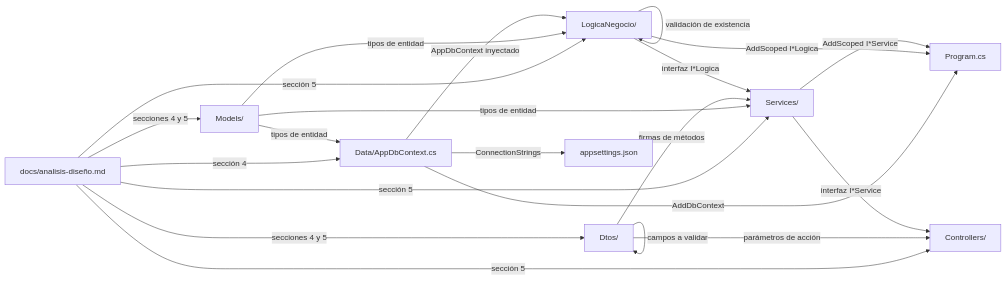
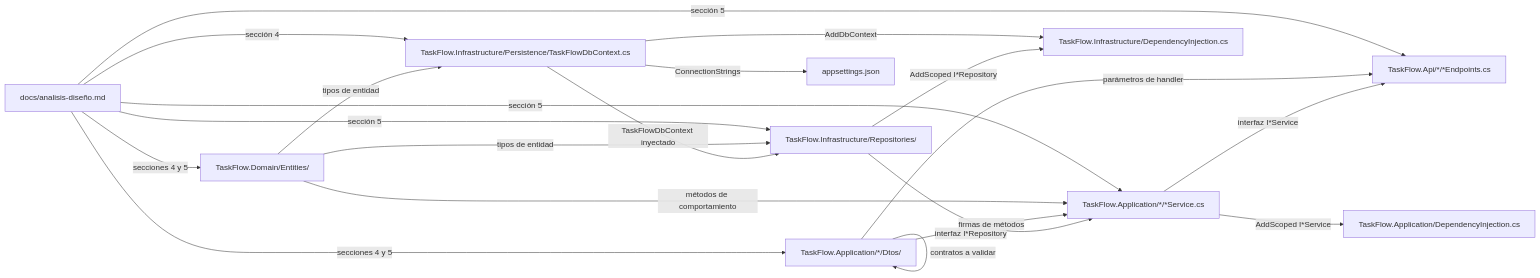
Before and after one commit to hispafox/app-todolist-260921: the third of 7 diagrams in docs/skills-orquestacion.md, drawn with Mermaid. The commit also changed other lines of this file and 15 other files, not shown here.

First line of the commit message:
docs(skills): alinear skills y documentacion de orquestacion con la arquitectura real de TaskFlow

````diff
--- a/docs/skills-orquestacion.md
+++ b/docs/skills-orquestacion.md
@@ -105,35 +103,35 @@
 ```mermaid
 graph LR
     AD["docs/analisis-diseño.md"]
-    MO["Models/"]
-    DT["Dtos/"]
-    DB["Data/AppDbContext.cs"]
-    LN["LogicaNegocio/"]
-    SV["Services/"]
-    CT["Controllers/"]
-    PR["Program.cs"]
+    MO["TaskFlow.Domain/Entities/"]
+    DT["TaskFlow.Application/*/Dtos/"]
+    DB["TaskFlow.Infrastructure/Persistence/TaskFlowDbContext.cs"]
+    LN["TaskFlow.Infrastructure/Repositories/"]
+    SV["TaskFlow.Application/*/*Service.cs"]
+    CT["TaskFlow.Api/*/*Endpoints.cs"]
+    AI["TaskFlow.Application/DependencyInjection.cs"]
+    II["TaskFlow.Infrastructure/DependencyInjection.cs"]
     AP["appsettings.json"]
 
     AD -->|"secciones 4 y 5"| MO
     AD -->|"secciones 4 y 5"| DT
     AD -->|"sección 4"| DB
     AD -->|"sección 5"| LN
     AD -->|"sección 5"| SV
     AD -->|"sección 5"| CT
 
     MO -->|"tipos de entidad"| DB
     MO -->|"tipos de entidad"| LN
-    MO -->|"tipos de entidad"| SV
-    DT -->|"campos a validar"| DT
+    MO -->|"métodos de comportamiento"| SV
+    DT -->|"contratos a validar"| DT
     DT -->|"firmas de métodos"| SV
-    DT -->|"parámetros de acción"| CT
-    DB -->|"AppDbContext inyectado"| LN
-    LN -->|"validación de existencia"| LN
-    LN -->|"interfaz I*Logica"| SV
+    DT -->|"parámetros de handler"| CT
+    DB -->|"TaskFlowDbContext inyectado"| LN
+    LN -->|"interfaz I*Repository"| SV
     SV -->|"interfaz I*Service"| CT
 
-    DB -->|"AddDbContext"| PR
+    DB -->|"AddDbContext"| II
     DB -->|"ConnectionStrings"| AP
-    LN -->|"AddScoped I*Logica"| PR
-    SV -->|"AddScoped I*Service"| PR
+    LN -->|"AddScoped I*Repository"| II
+    SV -->|"AddScoped I*Service"| AI
 ```
````
